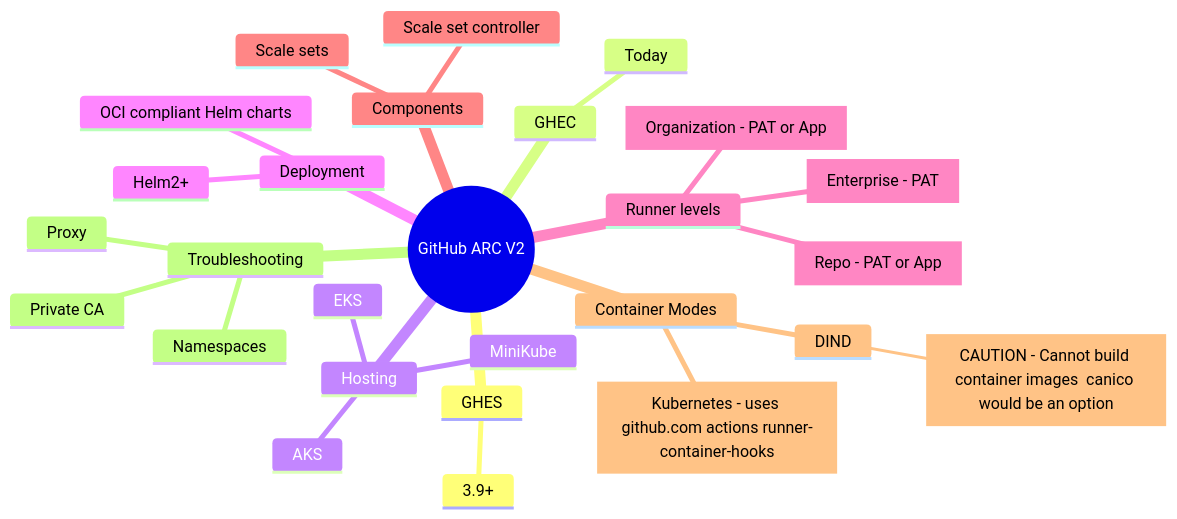
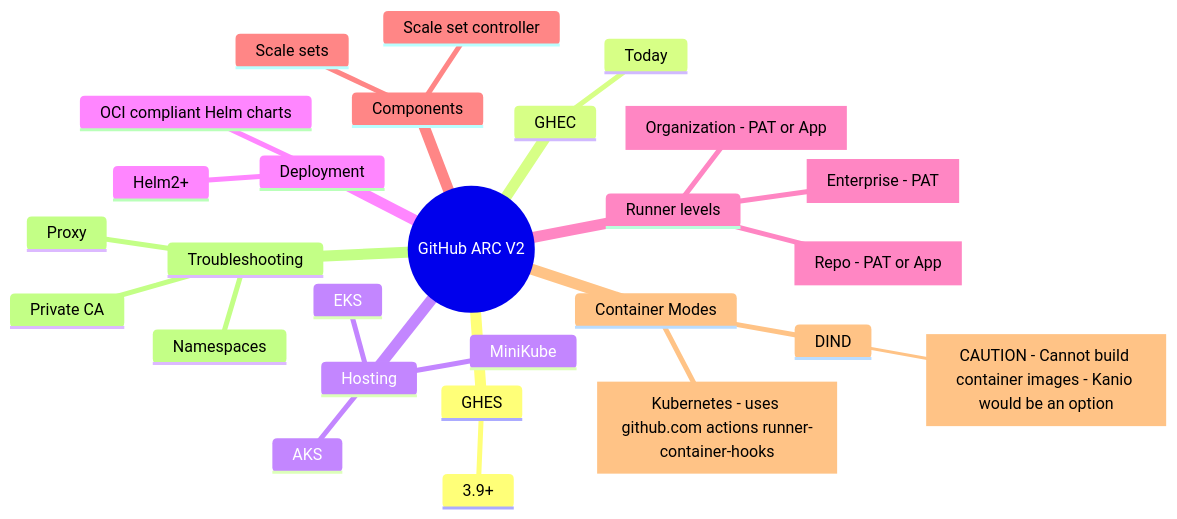
The diagram in GitHub-ARC-v2-mindmap.md (gitstua/Mindmaps), drawn with Mermaid before and after one commit.

````diff
--- a/GitHub-ARC-v2-mindmap.md
+++ b/GitHub-ARC-v2-mindmap.md
@@ -4,31 +4,31 @@
 ```mermaid
 mindmap
   root((GitHub ARC V2))
     GHES
       3.9+
     GHEC
       Today
     Hosting
       AKS
       EKS
       MiniKube
     Deployment
       Helm2+
       OCI compliant Helm charts
     Runner levels
       [Enterprise - PAT]
       [Organization - PAT or App]
       [Repo - PAT or App]
     Components
       Scale set controller
       Scale sets
     Container Modes
       DIND
-        [CAUTION - Cannot build container images  canico would be an option]
+        [CAUTION - Cannot build container images - Kanio would be an option]
       [Kubernetes - uses github.com actions runner-container-hooks]
     Troubleshooting
       Namespaces
       Private CA
       Proxy        
 
 ```
````
